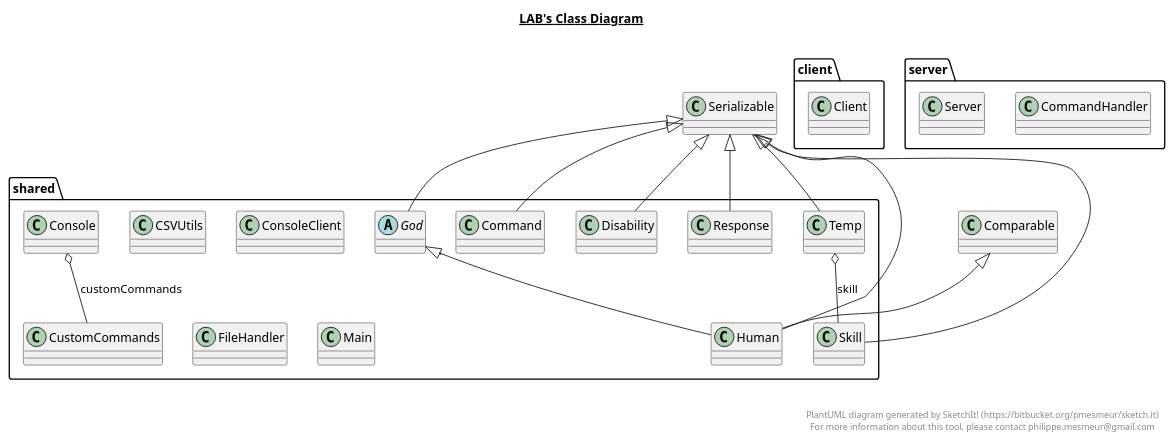
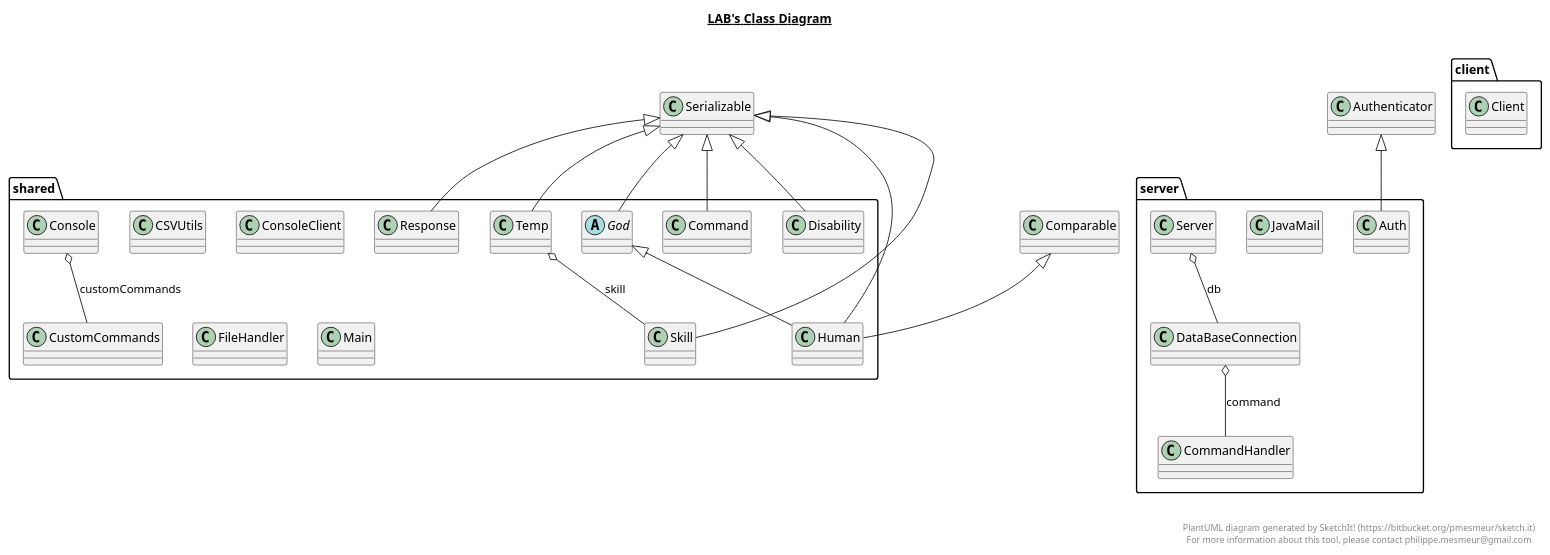
The diagram in Lab.plantuml (brtchkv/Prog_labs), drawn with PlantUML before and after one commit. The commit also changed 9 other files, not shown here.

```diff
--- a/Lab.plantuml
+++ b/Lab.plantuml
@@ -1,121 +1,142 @@
 @startuml
 
 title __LAB's Class Diagram__\n
+
+  package server {
+    class Auth {
+    }
+  }
+  
 
   package shared {
     class CSVUtils {
     }
   }
   
 
   package client {
     class Client {
     }
   }
   
 
   package shared {
     class Command {
     }
   }
   
 
   package server {
     class CommandHandler {
     }
   }
   
 
   package shared {
     class Console {
     }
   }
   
 
   package shared {
     class ConsoleClient {
     }
   }
   
 
   package shared {
     class CustomCommands {
     }
   }
   
 
+  package server {
+    class DataBaseConnection {
+    }
+  }
+  
+
   package shared {
     class Disability {
     }
   }
   
 
   package shared {
     class FileHandler {
     }
   }
   
 
   package shared {
     abstract class God {
     }
   }
   
 
   package shared {
     class Human {
+    }
+  }
+  
+
+  package server {
+    class JavaMail {
     }
   }
   
 
   package shared {
     class Main {
     }
   }
   
 
   package shared {
     class Response {
     }
   }
   
 
   package server {
     class Server {
     }
   }
   
 
   package shared {
     class Skill {
     }
   }
   
 
   package shared {
     class Temp {
     }
   }
   
 
+  Auth -up-|> Authenticator
   Command -up-|> Serializable
   Console o-- CustomCommands : customCommands
+  DataBaseConnection o-- CommandHandler : command
   Disability -up-|> Serializable
   God -up-|> Serializable
   Human -up-|> Serializable
   Human -up-|> Comparable
   Human -up-|> God
   Response -up-|> Serializable
+  Server o-- DataBaseConnection : db
   Skill -up-|> Serializable
   Temp -up-|> Serializable
   Temp o-- Skill : skill
 
 
 right footer
 
 
 PlantUML diagram generated by SketchIt! (https://bitbucket.org/pmesmeur/sketch.it)
 For more information about this tool, please contact philippe.mesmeur@gmail.com
 endfooter
 
 @enduml
```
